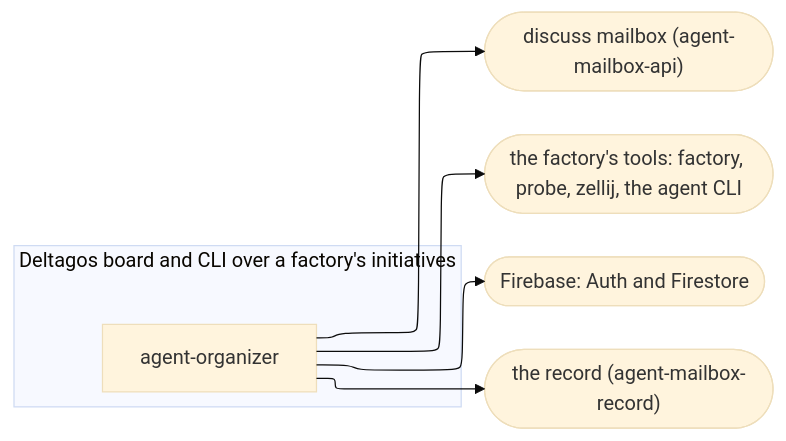
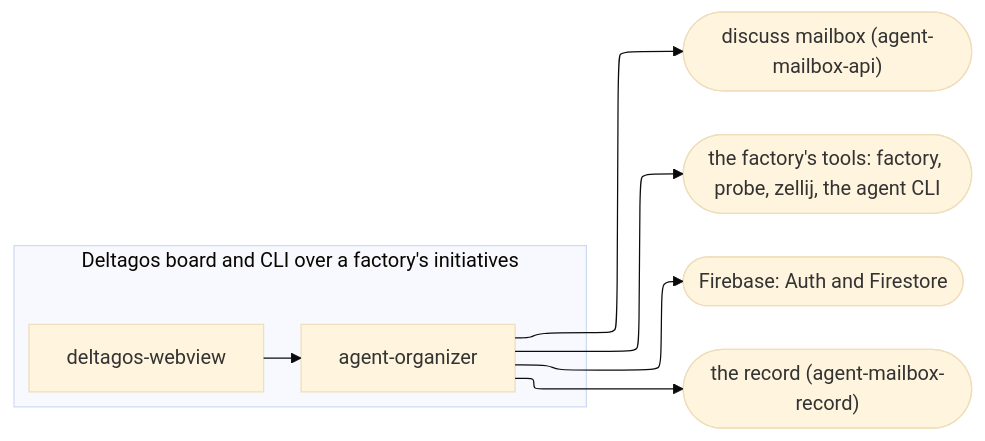
Before and after one commit to pabloantipan/agent-organizer: the diagram in docs/architecture/containers.md, drawn with Mermaid (base theme). The commit also changed other lines of this file and 2 other files, not shown here.

First line of the commit message:
docs(map): regenerate the map with the webview container and its modules

````diff
--- a/docs/architecture/containers.md
+++ b/docs/architecture/containers.md
@@ -6,19 +6,21 @@
 ```mermaid
 ---
 config:
   layout: elk
 ---
 flowchart LR
     %% c4: containers
     subgraph deltagos["Deltagos board and CLI over a factory's initiatives"]
         agent_organizer["agent-organizer"]
+        deltagos_webview["deltagos-webview"]
     end
     discuss_mailbox(["discuss mailbox (agent-mailbox-api)"])
     factory_tools(["the factory's tools: factory, probe, zellij, the agent CLI"])
     firebase(["Firebase: Auth and Firestore"])
     record(["the record (agent-mailbox-record)"])
     agent_organizer --> discuss_mailbox
     agent_organizer --> factory_tools
     agent_organizer --> firebase
     agent_organizer --> record
+    deltagos_webview --> agent_organizer
 ```
````
